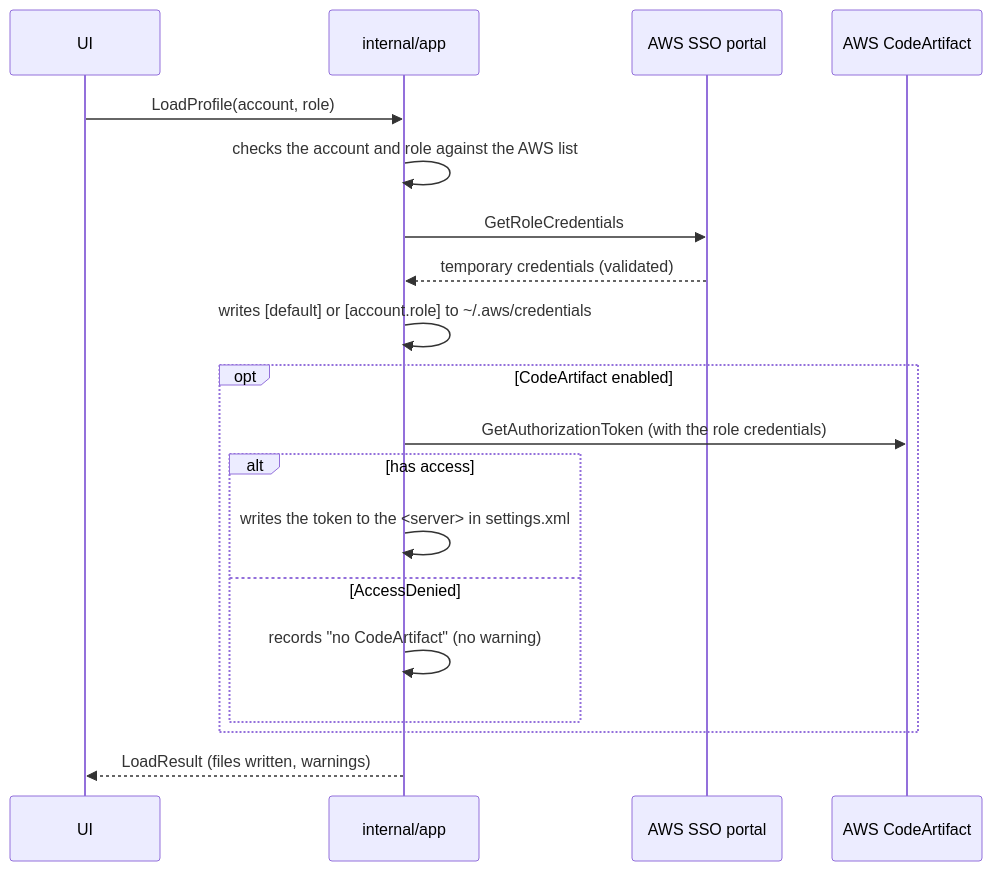
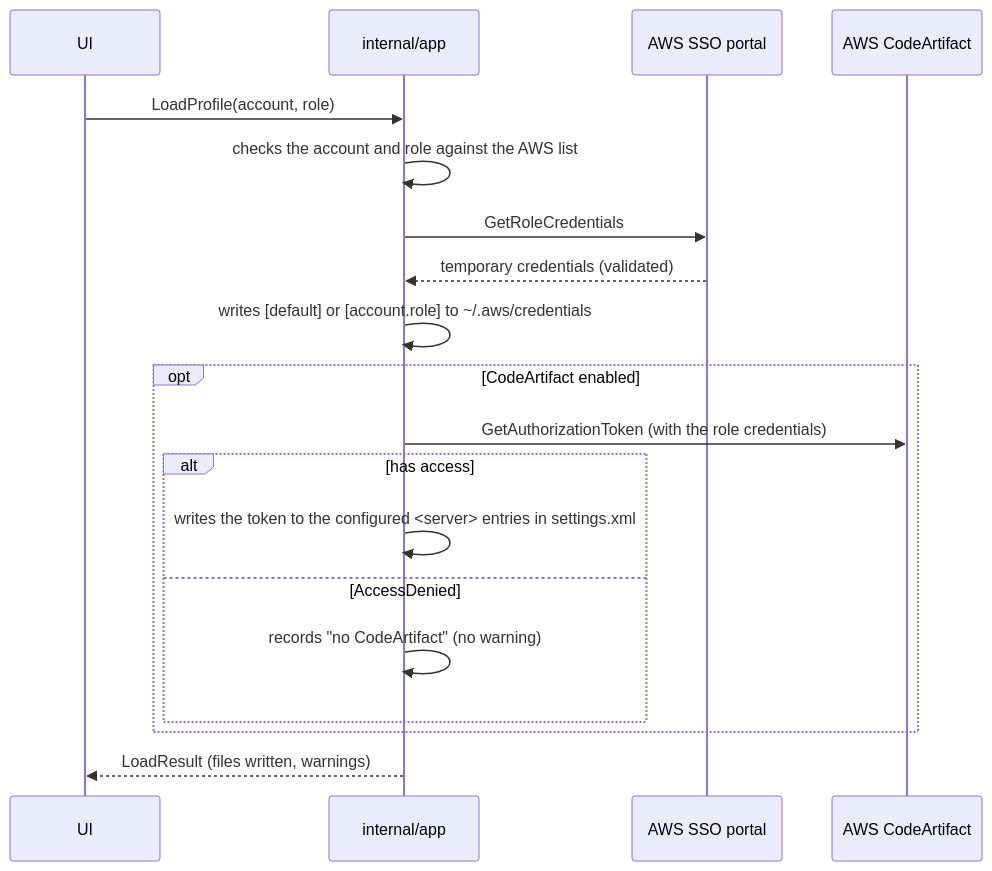
Before and after one commit to pickrole/pickrole: the third of 3 diagrams in docs/architecture.md, drawn with Mermaid. The commit also changed other lines of this file and 20 other files, not shown here.

First line of the commit message:
Write the CodeArtifact token to several Maven servers, detected from settings.xml (#5)

````diff
--- a/docs/architecture.md
+++ b/docs/architecture.md
@@ -101,21 +101,21 @@
 ```mermaid
 sequenceDiagram
   participant UI
   participant App as internal/app
   participant Portal as AWS SSO portal
   participant CA as AWS CodeArtifact
   UI->>App: LoadProfile(account, role)
   App->>App: checks the account and role against the AWS list
   App->>Portal: GetRoleCredentials
   Portal-->>App: temporary credentials (validated)
   App->>App: writes [default] or [account.role] to ~/.aws/credentials
   opt CodeArtifact enabled
     App->>CA: GetAuthorizationToken (with the role credentials)
     alt has access
-      App->>App: writes the token to the <server> in settings.xml
+      App->>App: writes the token to the configured <server> entries in settings.xml
     else AccessDenied
       App->>App: records "no CodeArtifact" (no warning)
     end
   end
   App-->>UI: LoadResult (files written, warnings)
 ```
````
